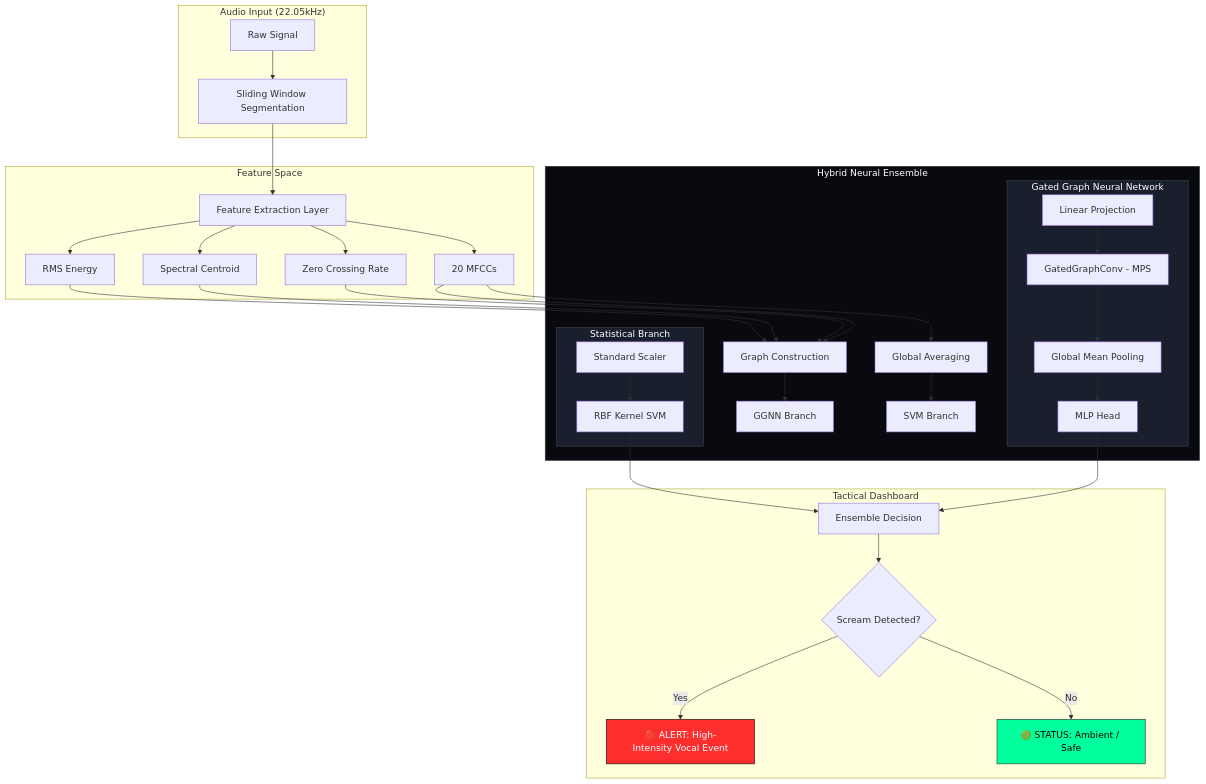
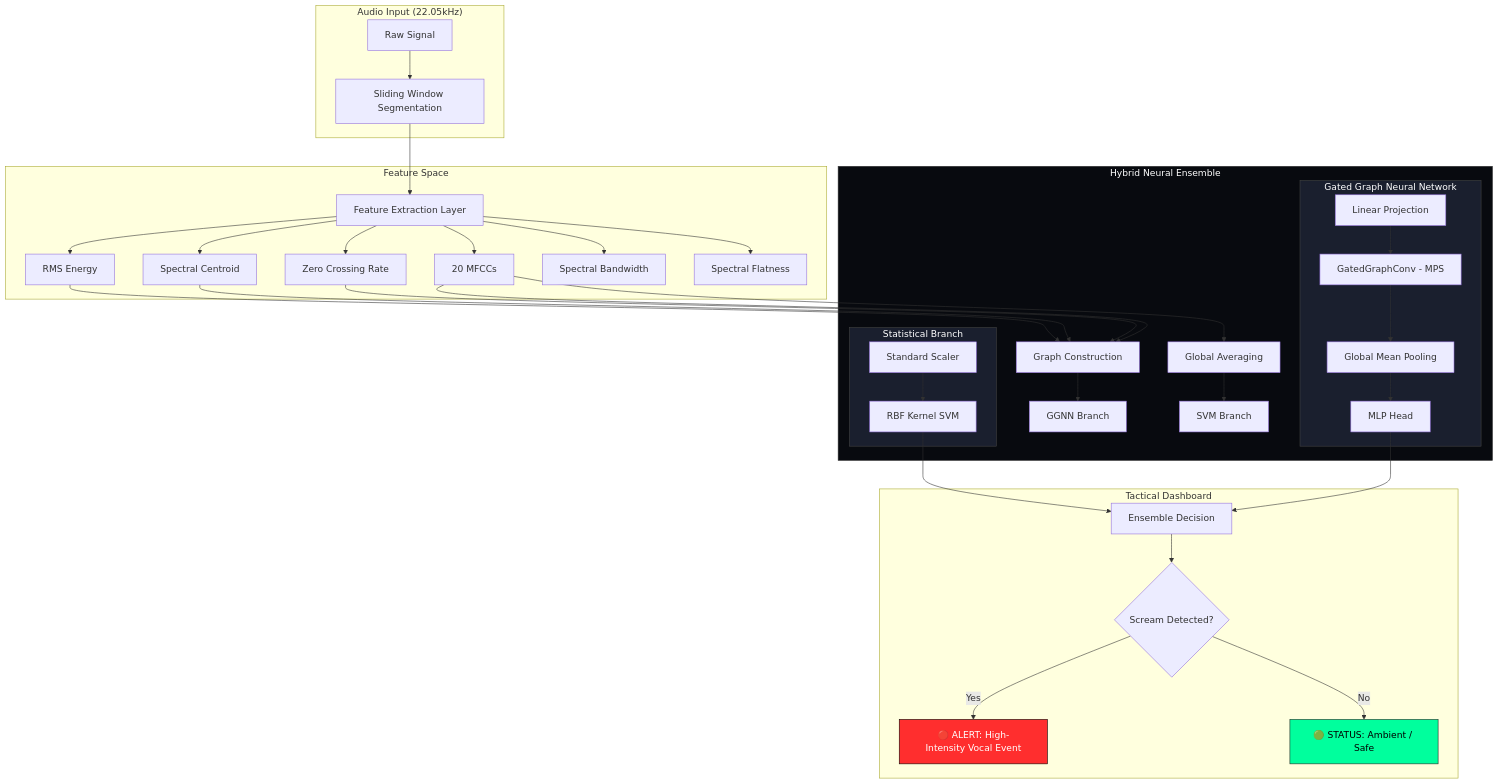
Before and after one commit to Pranavar90/aishee_capstone: the diagram in README.md, drawn with Mermaid. The commit also changed other lines of this file and 11 other files, not shown here.

````diff
--- a/README.md
+++ b/README.md
@@ -17,48 +17,50 @@
 ```mermaid
 graph TD
     subgraph Input ["Audio Input (22.05kHz)"]
         A[Raw Signal] --> B[Sliding Window Segmentation]
     end
 
     B --> C[Feature Extraction Layer]
     
     subgraph Features ["Feature Space"]
         C --> D1[20 MFCCs]
         C --> D2[Zero Crossing Rate]
         C --> D3[Spectral Centroid]
         C --> D4[RMS Energy]
+        C --> D5[Spectral Bandwidth]
+        C --> D6[Spectral Flatness]
     end
 
     D1 & D2 & D3 & D4 --> E[Graph Construction]
     D1 --> F[Global Averaging]
 
     subgraph Models ["Hybrid Neural Ensemble"]
         E --> G[GGNN Branch]
         F --> H[SVM Branch]
         
         subgraph GGNN ["Gated Graph Neural Network"]
             G1[Linear Projection] --> G2[GatedGraphConv - MPS]
             G2 --> G3[Global Mean Pooling]
             G3 --> G4[MLP Head]
         end
         
         subgraph SVM ["Statistical Branch"]
             H1[Standard Scaler] --> H2[RBF Kernel SVM]
         end
     end
 
     G4 --> I[Ensemble Decision]
     H2 --> I
 
     subgraph Output ["Tactical Dashboard"]
         I --> J{Scream Detected?}
         J -->|Yes| K[🔴 ALERT: High-Intensity Vocal Event]
         J -->|No| L[🟢 STATUS: Ambient / Safe]
     end
 
     style K fill:#ff2e2e,color:#fff,stroke:#000
     style L fill:#00ff9d,color:#000,stroke:#222
     style Models fill:#080a0f,color:#fff,stroke:#333
     style GGNN fill:#1a1f2e,color:#fff,stroke:#444
     style SVM fill:#1a1f2e,color:#fff,stroke:#444
 ```
````
